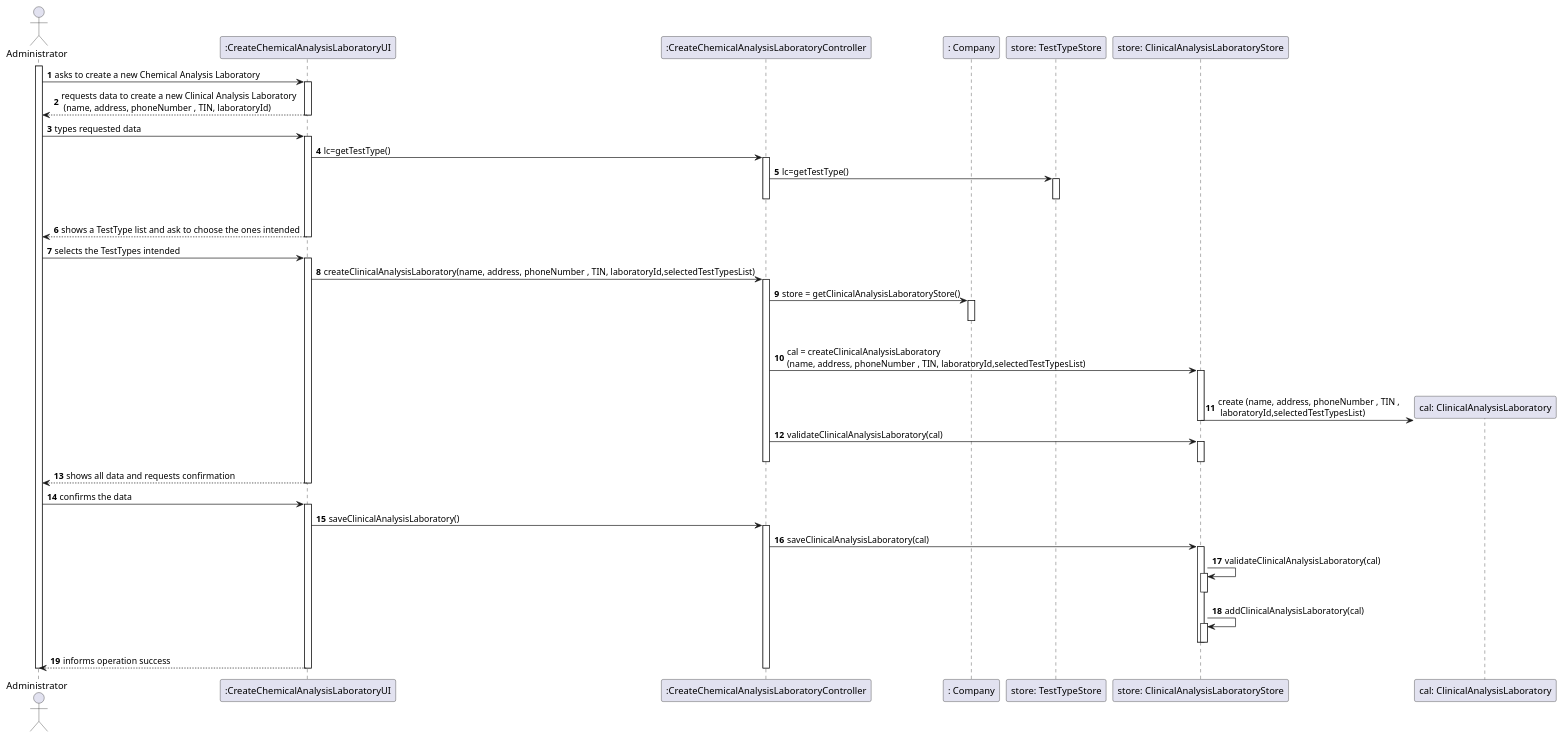
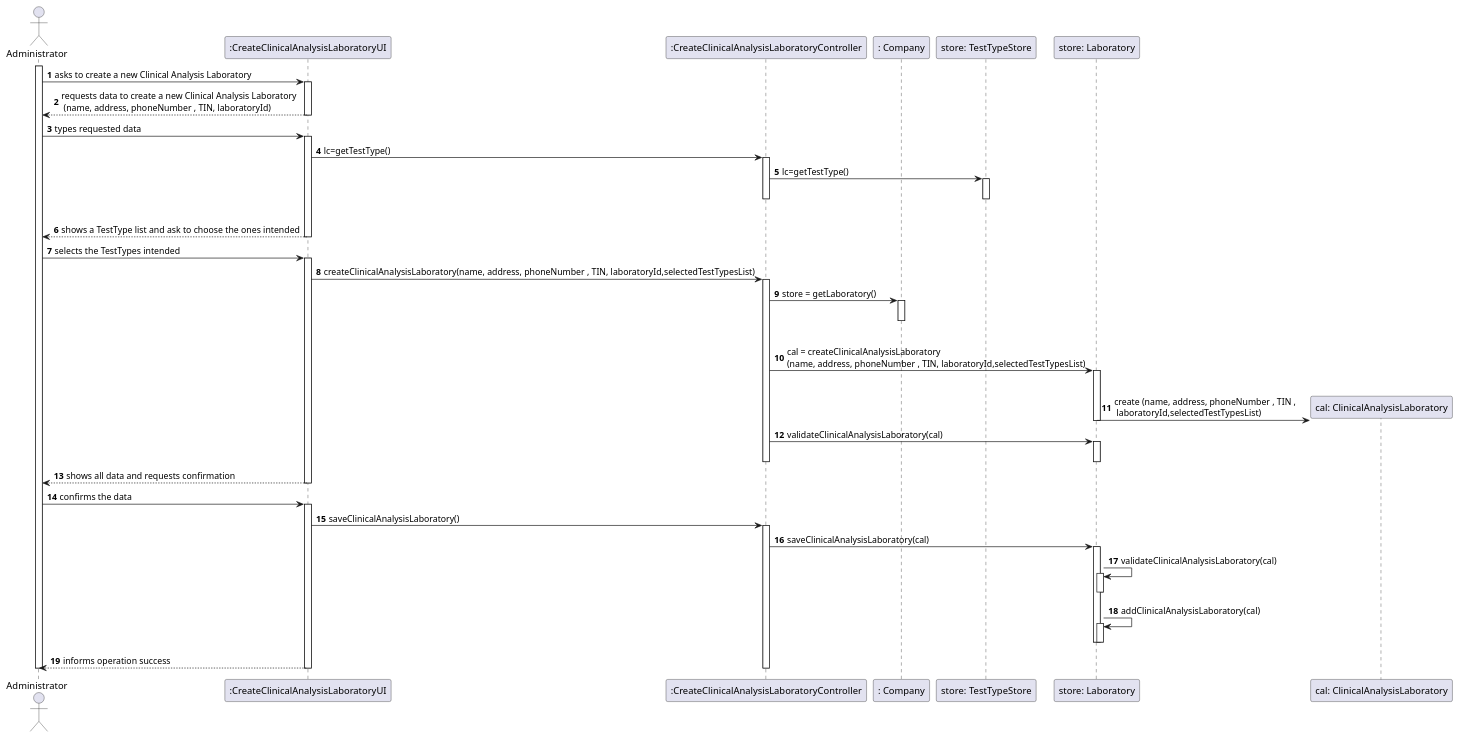
The diagram in docs/SprintB/US08/US08_SD.puml (manu-07-ela/LAPR2_ISEP), drawn with PlantUML before and after one commit. The commit also changed 6 other files, not shown here.

```diff
--- a/docs/SprintB/US08/US08_SD.puml
+++ b/docs/SprintB/US08/US08_SD.puml
@@ -1,81 +1,80 @@
 @startuml
 autonumber
-'hide footbox
 actor "Administrator" as ADM
 
-participant ":CreateChemicalAnalysisLaboratoryUI" as UI
-participant ":CreateChemicalAnalysisLaboratoryController" as CTRL
+participant ":CreateClinicalAnalysisLaboratoryUI" as UI
+participant ":CreateClinicalAnalysisLaboratoryController" as CTRL
 participant ": Company" as Comp
 participant "store: TestTypeStore" as TTS
-participant "store: ClinicalAnalysisLaboratoryStore" as CALS
+participant "store: Laboratory" as LAB
 participant "cal: ClinicalAnalysisLaboratory" as CAL
 
 activate ADM
-ADM -> UI : asks to create a new Chemical Analysis Laboratory
+ADM -> UI : asks to create a new Clinical Analysis Laboratory
 activate UI
 UI --> ADM : requests data to create a new Clinical Analysis Laboratory \n (name, address, phoneNumber , TIN, laboratoryId)
 deactivate UI
 
 ADM -> UI : types requested data
 activate UI
 
 UI -> CTRL : lc=getTestType()
 activate CTRL
 
 CTRL -> TTS : lc=getTestType()
 activate TTS
 |||
 deactivate TTS
 deactivate CTRL
 
 UI --> ADM : shows a TestType list and ask to choose the ones intended
 deactivate UI
 
 ADM -> UI : selects the TestTypes intended
 activate UI
 
 UI -> CTRL : createClinicalAnalysisLaboratory(name, address, phoneNumber , TIN, laboratoryId,selectedTestTypesList)
 activate CTRL
 
-CTRL -> Comp : store = getClinicalAnalysisLaboratoryStore()
+CTRL -> Comp : store = getLaboratory()
 activate Comp
 |||
 deactivate Comp
 
-CTRL -> CALS: cal = createClinicalAnalysisLaboratory\n(name, address, phoneNumber , TIN, laboratoryId,selectedTestTypesList)
-activate CALS
+CTRL -> LAB: cal = createClinicalAnalysisLaboratory\n(name, address, phoneNumber , TIN, laboratoryId,selectedTestTypesList)
+activate LAB
 |||
-CALS -> CAL**: create (name, address, phoneNumber , TIN ,\n laboratoryId,selectedTestTypesList)
-deactivate CALS
-CTRL -> CALS : validateClinicalAnalysisLaboratory(cal)
-activate CALS
-deactivate CALS
+LAB -> CAL**: create (name, address, phoneNumber , TIN ,\n laboratoryId,selectedTestTypesList)
+deactivate LAB
+CTRL -> LAB : validateClinicalAnalysisLaboratory(cal)
+activate LAB
+deactivate LAB
 deactivate CTRL
 
 UI --> ADM: shows all data and requests confirmation
 deactivate CTRL
 deactivate UI
 
 ADM -> UI : confirms the data
 activate UI
 UI -> CTRL : saveClinicalAnalysisLaboratory()
 activate CTRL
 
-CTRL -> CALS : saveClinicalAnalysisLaboratory(cal)
-activate CALS
+CTRL -> LAB : saveClinicalAnalysisLaboratory(cal)
+activate LAB
 
-CALS -> CALS: validateClinicalAnalysisLaboratory(cal)
-activate CALS
-deactivate CALS
-CALS -> CALS: addClinicalAnalysisLaboratory(cal)
-activate CALS
-deactivate CALS
-deactivate CALS
+LAB -> LAB: validateClinicalAnalysisLaboratory(cal)
+activate LAB
+deactivate LAB
+LAB -> LAB: addClinicalAnalysisLaboratory(cal)
+activate LAB
+deactivate LAB
+deactivate LAB
 
 UI --> ADM : informs operation success
 deactivate CTRL
 deactivate UI
 
 deactivate ADM
 
 @enduml
```
